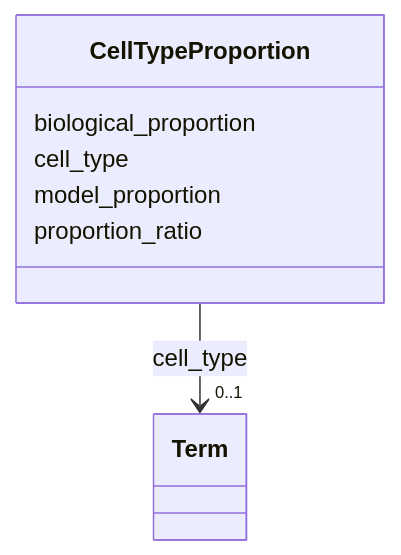
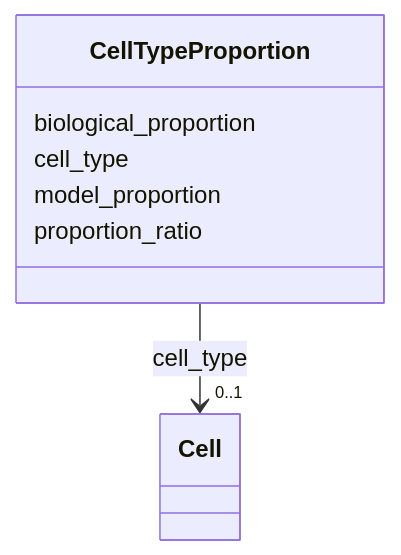
The diagram in docs/elements/CellTypeProportion.md (monarch-initiative/namo), drawn with Mermaid before and after one commit. The commit also changed other lines of this file and 1232 other files, not shown here.

````diff
--- a/docs/elements/CellTypeProportion.md
+++ b/docs/elements/CellTypeProportion.md
@@ -18,23 +23,23 @@
 ```mermaid
  classDiagram
     class CellTypeProportion
     click CellTypeProportion href "../CellTypeProportion/"
       CellTypeProportion : biological_proportion
         
       CellTypeProportion : cell_type
         
           
     
         
         
-        CellTypeProportion --> "0..1" Term : cell_type
-        click Term href "../Term/"
+        CellTypeProportion --> "0..1" Cell : cell_type
+        click Cell href "../Cell/"
     
 
         
       CellTypeProportion : model_proportion
         
       CellTypeProportion : proportion_ratio
         
       
 ```
````
